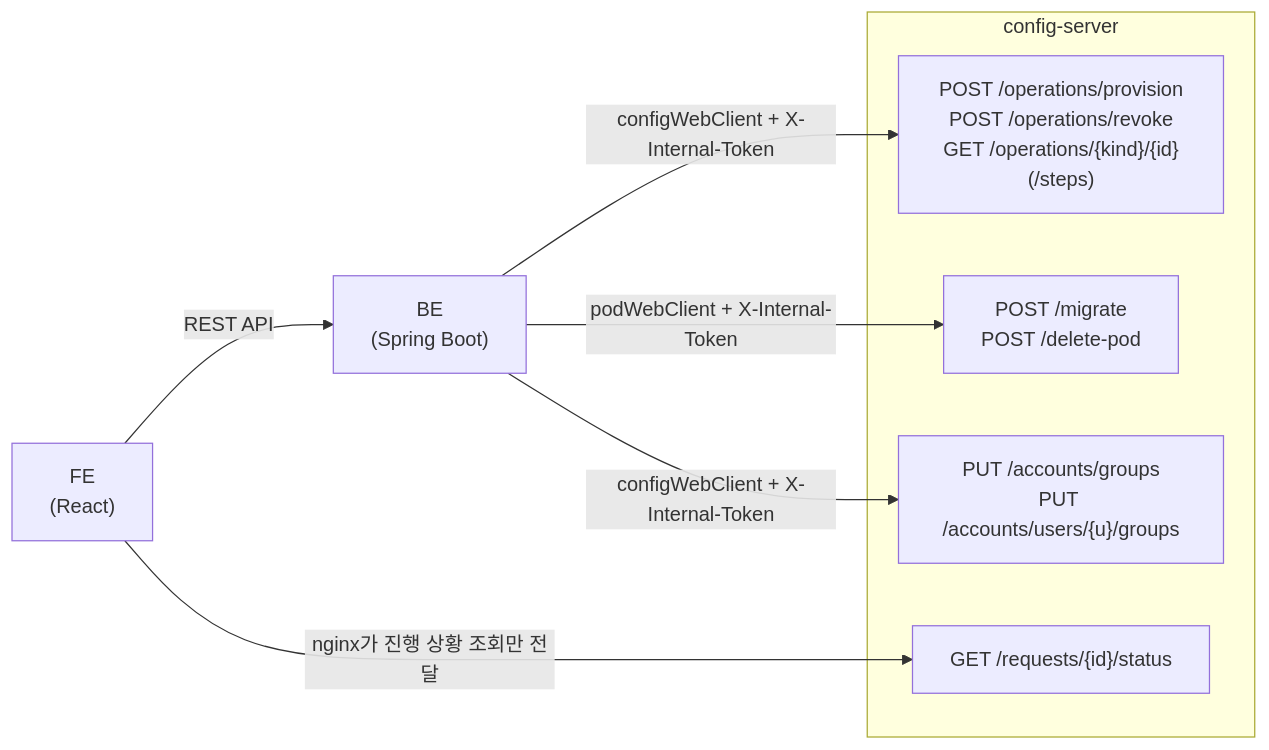
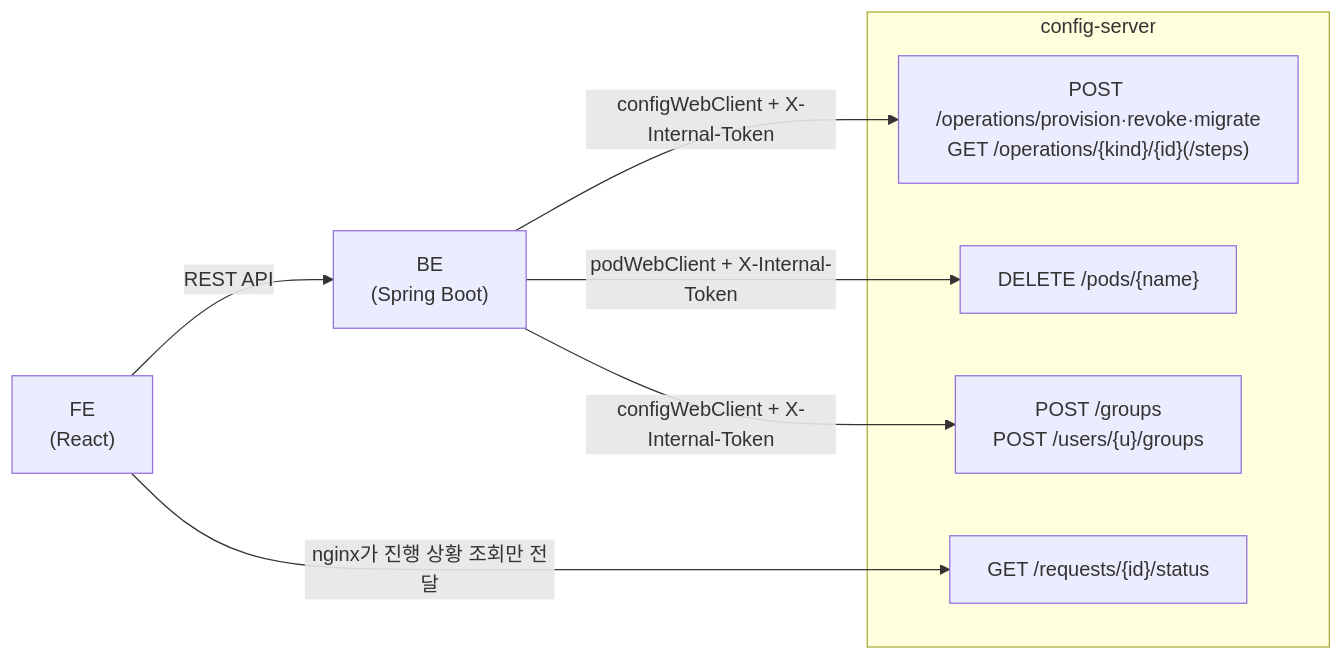
Diagram 16 of 16 in md/backend/시스템-아키텍처.md (CSID-DGU/admin_wiki), drawn with Mermaid before and after one commit. The commit also changed other lines of this file and 4 other files, not shown here.

````diff
--- a/md/backend/시스템-아키텍처.md
+++ b/md/backend/시스템-아키텍처.md
@@ -372,22 +400,22 @@
 ```mermaid
 flowchart LR
     FE["FE\n(React)"]
     BE["BE\n(Spring Boot)"]
-    I1["POST /operations/provision\nPOST /operations/revoke\nGET /operations/{kind}/{id}(/steps)"]
-    I2["POST /migrate\nPOST /delete-pod"]
-    I3["PUT /accounts/groups\nPUT /accounts/users/{u}/groups"]
+    I1["POST /operations/provision·revoke·migrate\nGET /operations/{kind}/{id}(/steps)"]
+    I2["DELETE /pods/{name}"]
+    I3["POST /groups\nPOST /users/{u}/groups"]
     ST["GET /requests/{id}/status"]
 
     FE -->|REST API| BE
     FE -->|nginx가 진행 상황 조회만 전달| ST
     BE -->|configWebClient + X-Internal-Token| I1
     BE -->|podWebClient + X-Internal-Token| I2
     BE -->|configWebClient + X-Internal-Token| I3
 
     subgraph Infra["config-server"]
         I1
         I2
         I3
         ST
     end
 ```
````
